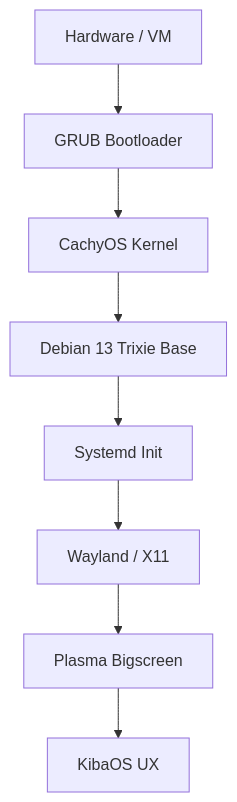
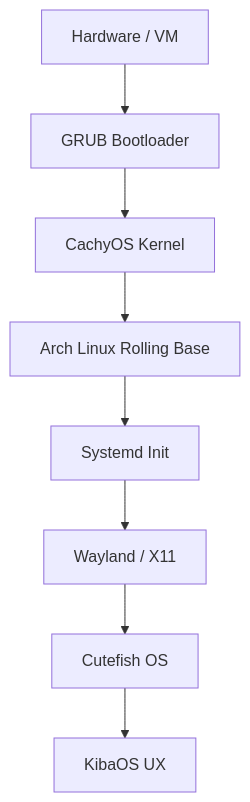
Before and after one commit to WolfTech-Innovations/Kiba: the diagram in docs/architecture.md, drawn with Mermaid. The commit also changed other lines of this file and 95 other files, not shown here.

First line of the commit message:
feat: rebase KibaOS to Arch Linux with Cutefish OS

````diff
--- a/docs/architecture.md
+++ b/docs/architecture.md
@@ -41,10 +41,10 @@
 ```mermaid
 graph TD
     A[Hardware / VM] --> B[GRUB Bootloader]
     B --> C[CachyOS Kernel]
-    C --> D[Debian 13 Trixie Base]
+    C --> D[Arch Linux Rolling Base]
     D --> E[Systemd Init]
     E --> F[Wayland / X11]
-    F --> G[Plasma Bigscreen]
+    F --> G[Cutefish OS]
     G --> H[KibaOS UX]
 ```
````
